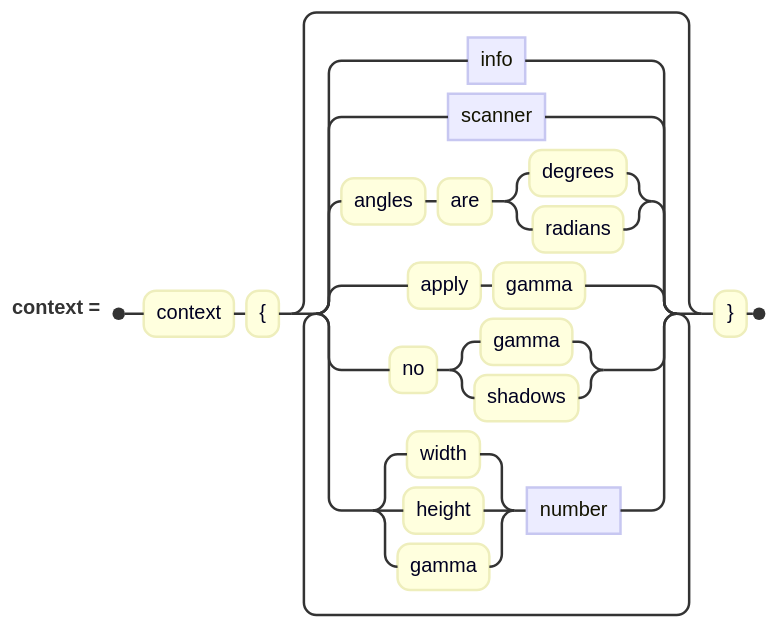
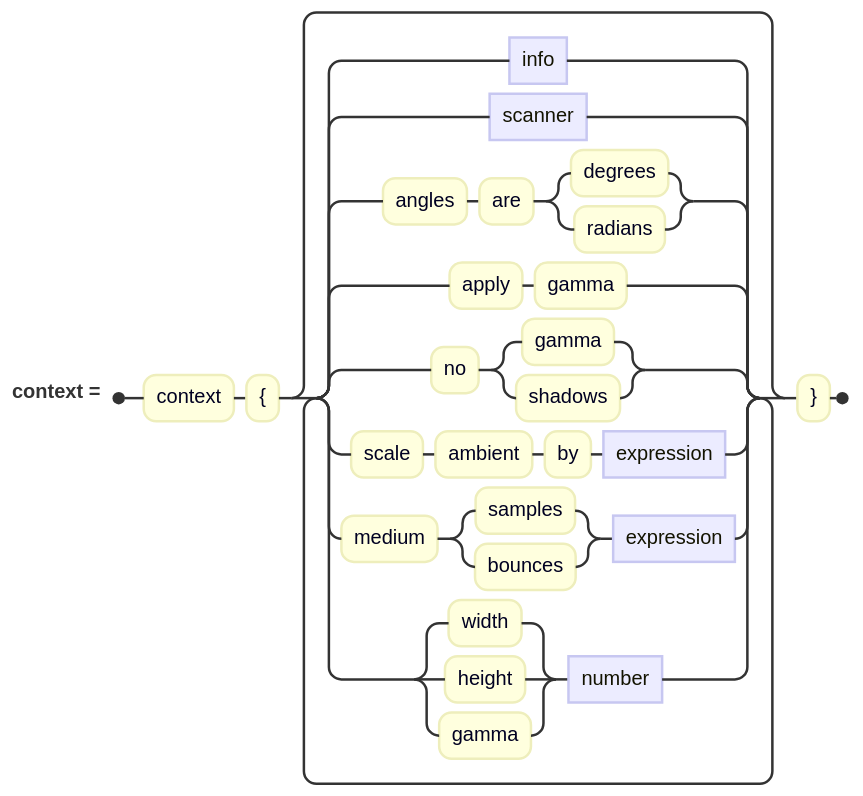
One commit to jskress/RayTracer changed the diagram in docs/diagrams/context/contextClause.mmd. Above: the diagram before and after it, drawn with Mermaid. The commit also changed 17 other files, not shown here.

```diff
--- a/docs/diagrams/context/contextClause.mmd
+++ b/docs/diagrams/context/contextClause.mmd
@@ -1,6 +1,8 @@
 railroad-ebnf-beta
 title "The context block"
 
 context = "context" "{" { info | scanner | "angles" "are" ( "degrees" | "radians" )
         | "apply" "gamma" | "no" ( "gamma" | "shadows" )
+        | "scale" "ambient" "by" expression
+        | "medium" ( "samples" | "bounces" ) expression
         | ( "width" | "height" | "gamma" ) number } "}" ;
```
